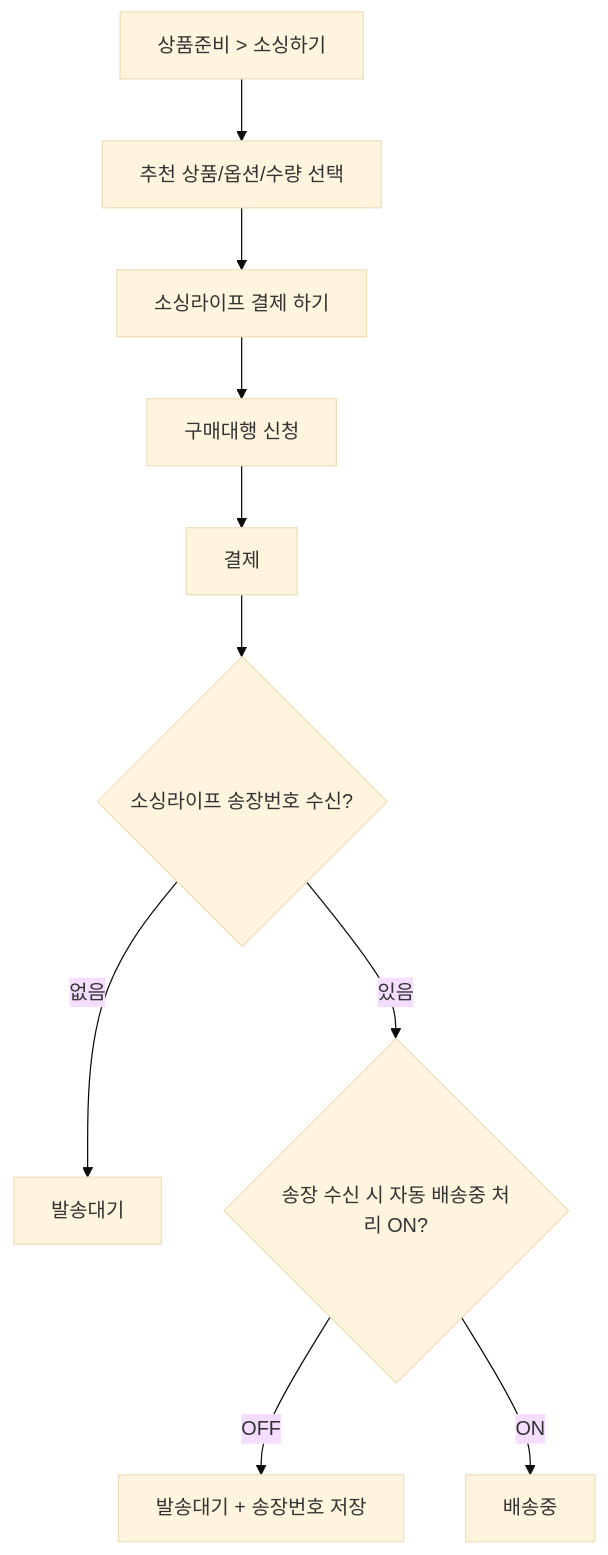
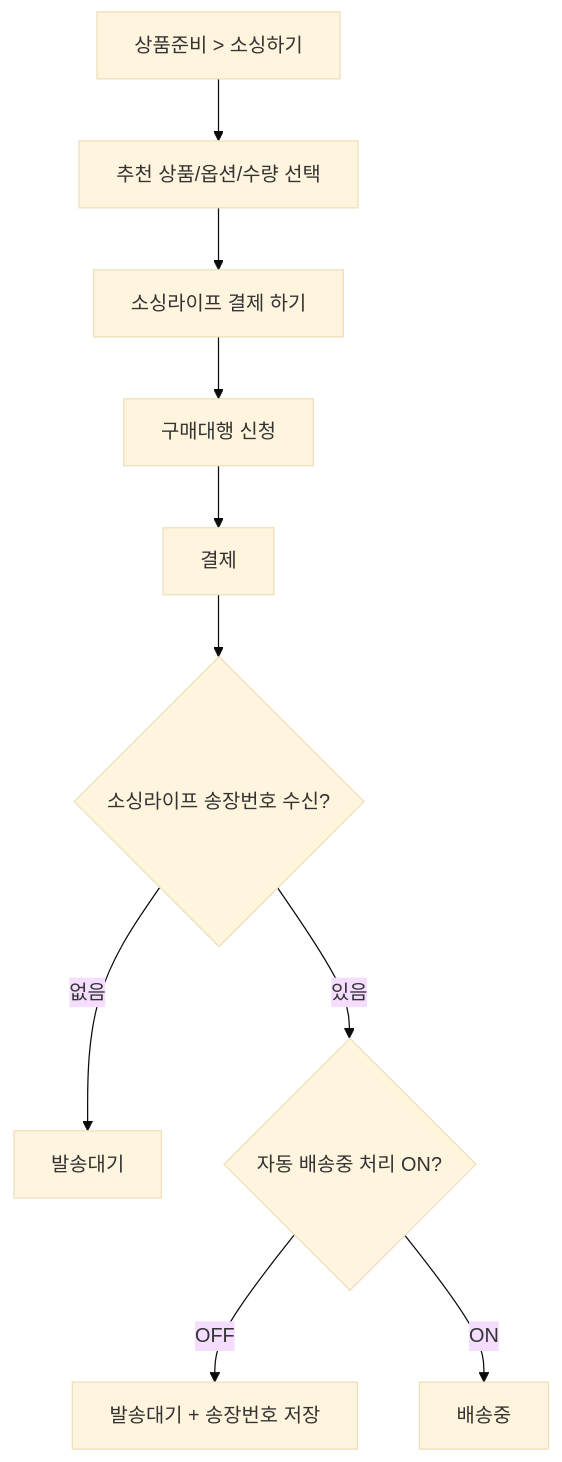
One commit to moonceo/Jmpp changed the third of 5 diagrams in docs/08_유저플로우/01_주문처리_유저플로우.md. Above: the diagram before and after it, drawn with Mermaid (base theme). The commit also changed other lines of this file and 37 other files, not shown here.

````diff
--- a/docs/08_유저플로우/01_주문처리_유저플로우.md
+++ b/docs/08_유저플로우/01_주문처리_유저플로우.md
@@ -64,12 +64,12 @@
 ```mermaid
 flowchart TD
     A["상품준비 > 소싱하기"] --> B["추천 상품/옵션/수량 선택"]
     B --> C["소싱라이프 결제 하기"]
     C --> D["구매대행 신청"]
     D --> E["결제"]
     E --> F{"소싱라이프 송장번호 수신?"}
     F -->|"없음"| G["발송대기"]
-    F -->|"있음"| H{"송장 수신 시 자동 배송중 처리 ON?"}
+    F -->|"있음"| H{"자동 배송중 처리 ON?"}
     H -->|"OFF"| I["발송대기 + 송장번호 저장"]
     H -->|"ON"| J["배송중"]
 ```
````
